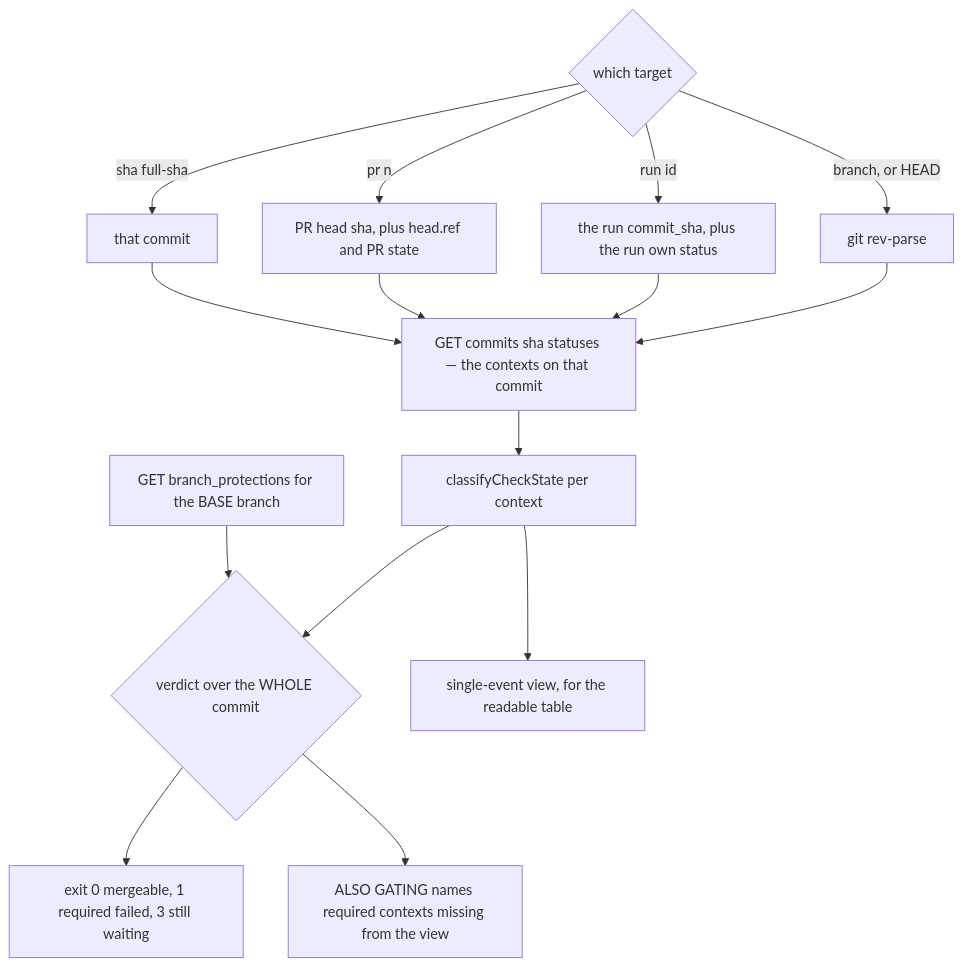
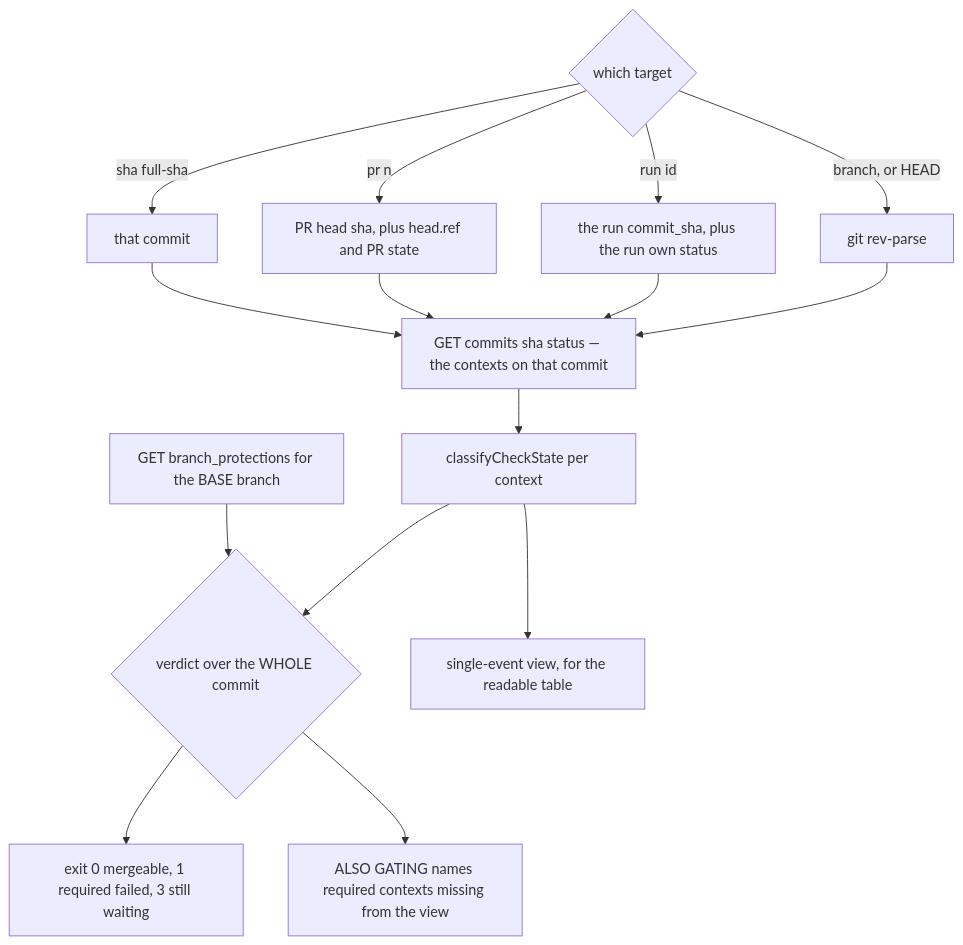
One commit to jumbleknot/MovieCollectionManager changed the first of 2 diagrams in openwiki/runbooks/ci-diagnostics.md. Above: the diagram before and after it, drawn with Mermaid. The commit also changed other lines of this file and 4 other files, not shown here.

````diff
--- a/openwiki/runbooks/ci-diagnostics.md
+++ b/openwiki/runbooks/ci-diagnostics.md
@@ -82,17 +82,17 @@
 ```mermaid
 flowchart TD
   T{"which target"} -->|"sha full-sha"| S["that commit"]
   T -->|"pr n"| P["PR head sha, plus head.ref and PR state"]
   T -->|"run id"| R["the run commit_sha, plus the run own status"]
   T -->|"branch, or HEAD"| L["git rev-parse"]
-  S --> ST["GET commits sha statuses — the contexts on that commit"]
+  S --> ST["GET commits sha status — the contexts on that commit"]
   P --> ST
   R --> ST
   L --> ST
   BP["GET branch_protections for the BASE branch"] --> V
   ST --> C["classifyCheckState per context"]
   C --> V{"verdict over the WHOLE commit"}
   C --> VIEW["single-event view, for the readable table"]
   V --> E["exit 0 mergeable, 1 required failed, 3 still waiting"]
   V --> ALSO["ALSO GATING names required contexts missing from the view"]
 ```
````
